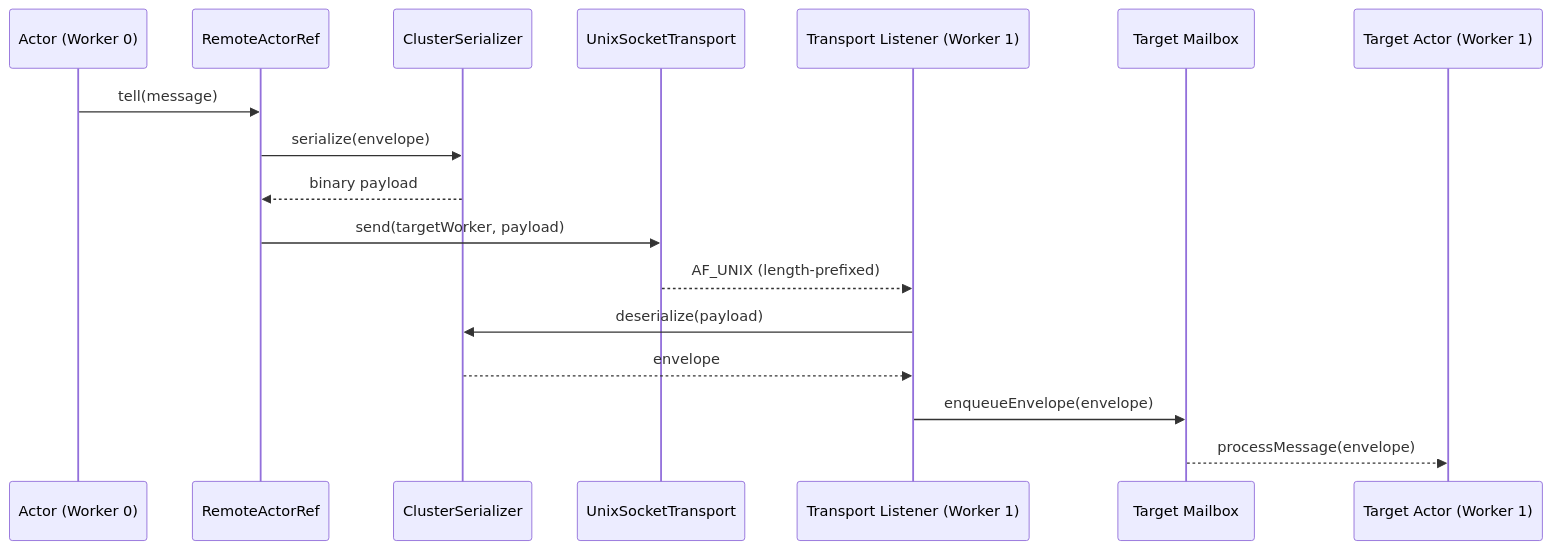
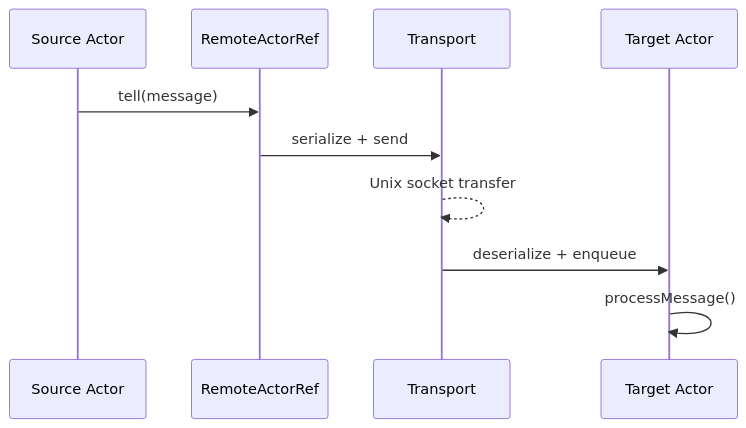
Before and after one commit to nexus-actors/nexus: the third of 3 diagrams in website/docs/scaling/overview.md, drawn with Mermaid. The commit also changed other lines of this file and 19 other files, not shown here.

First line of the commit message:
refactor: simplify diagrams, remove benchmark viz, use Swoole 6.2.0-rc1

````diff
--- a/website/docs/scaling/overview.md
+++ b/website/docs/scaling/overview.md
@@ -135,20 +116,13 @@
 ```mermaid
 sequenceDiagram
-    participant A as Actor (Worker 0)
-    participant RR as RemoteActorRef
-    participant CS as ClusterSerializer
-    participant UT as UnixSocketTransport
-    participant TL as Transport Listener (Worker 1)
-    participant MB as Target Mailbox
-    participant B as Target Actor (Worker 1)
+    participant A as Source Actor
+    participant Ref as RemoteActorRef
+    participant T as Transport
+    participant B as Target Actor
 
-    A->>RR: tell(message)
-    RR->>CS: serialize(envelope)
-    CS-->>RR: binary payload
-    RR->>UT: send(targetWorker, payload)
-    UT-->>TL: AF_UNIX (length-prefixed)
-    TL->>CS: deserialize(payload)
-    CS-->>TL: envelope
-    TL->>MB: enqueueEnvelope(envelope)
-    MB-->>B: processMessage(envelope)
+    A->>Ref: tell(message)
+    Ref->>T: serialize + send
+    T-->>T: Unix socket transfer
+    T->>B: deserialize + enqueue
+    B->>B: processMessage()
 ```
````
